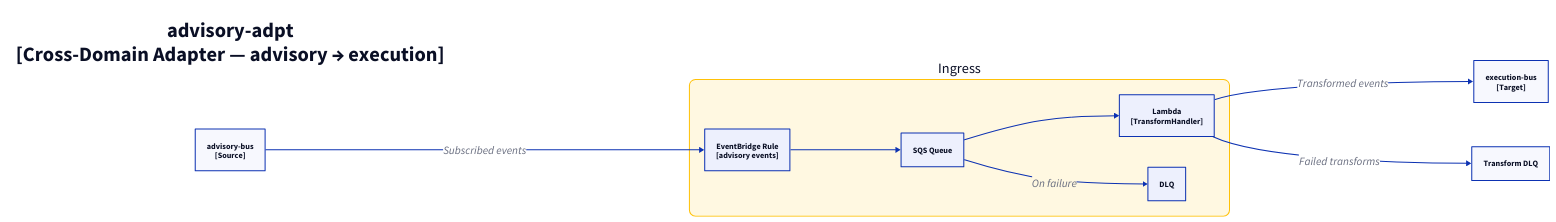
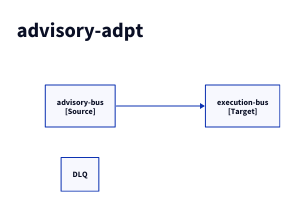
Before and after one commit to fabio-vitali/nestfolio: the diagram in docs/architecture/c3/advisory-adpt.d2, drawn with D2. The commit also changed 60 other files, not shown here.

Commit message:
fix: c4 diagram generated

```diff
--- a/docs/architecture/c3/advisory-adpt.d2
+++ b/docs/architecture/c3/advisory-adpt.d2
@@ -1,28 +1,13 @@
 direction: right
 
-title: "advisory-adpt\n[Cross-Domain Adapter — advisory → execution]" {
+title: "advisory-adpt" {
   style: { font-size: 40; bold: true; fill: transparent; stroke: transparent }
 }
 
 source: "advisory-bus\n[Source]" { class: aws-eventbridge }
 
-ingress: "Ingress" {
-  style: { fill: "#FFF8E1"; stroke: "#FFC107"; border-radius: 12; font-size: 28 }
-
-  transformer-rule: "EventBridge Rule\n[advisory events]" { class: aws-eventbridge }
-  transformer-sqs: "SQS Queue" { class: aws-sqs }
-  transformer-fn: "Lambda\n[TransformHandler]" { class: aws-lambda }
-  transformer-dlq: "DLQ" { class: aws-dlq }
-
-  transformer-rule -> transformer-sqs -> transformer-fn
-  transformer-sqs -> transformer-dlq: "On failure" {style.font-size: 22}
-}
-
-target: "execution-bus\n[Target]" { class: aws-eventbridge }
-
-dlq: "Transform DLQ" { class: aws-dlq }
+to-execution: "execution-bus\n[Target]" { class: aws-eventbridge }
+to-execution-dlq: "DLQ" { class: aws-dlq }
+source -> to-execution
 
 # Flows
-source -> ingress.transformer-rule: "Subscribed events" {style.font-size: 22}
-ingress.transformer-fn -> target: "Transformed events" {style.font-size: 22}
-ingress.transformer-fn -> dlq: "Failed transforms" {style.font-size: 22}
```
